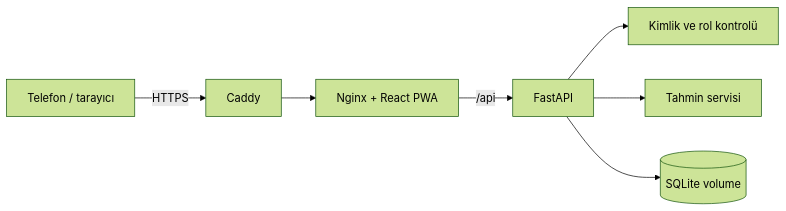
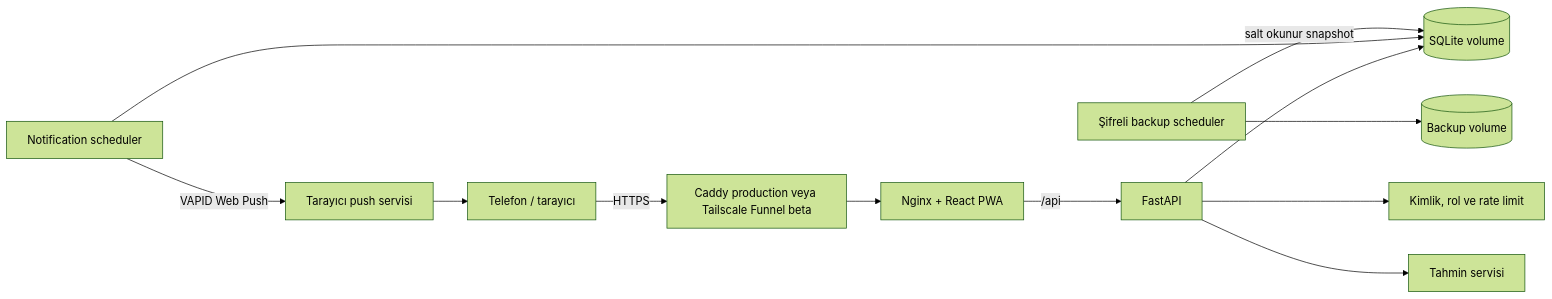
Before and after one commit to aaayseee/period-tracker: the diagram in docs/ARCHITECTURE.md, drawn with Mermaid (forest theme). The commit also changed other lines of this file and 12 other files, not shown here.

````diff
--- a/docs/ARCHITECTURE.md
+++ b/docs/ARCHITECTURE.md
@@ -7,9 +7,14 @@
 ```mermaid
 flowchart LR
-    U[Telefon / tarayıcı] -->|HTTPS| C[Caddy]
-    C --> N[Nginx + React PWA]
+    U[Telefon / tarayıcı] -->|HTTPS| E[Caddy production veya Tailscale Funnel beta]
+    E --> N[Nginx + React PWA]
     N -->|/api| A[FastAPI]
-    A --> AU[Kimlik ve rol kontrolü]
+    A --> AU[Kimlik, rol ve rate limit]
     A --> PR[Tahmin servisi]
     A --> DB[(SQLite volume)]
+    S[Notification scheduler] --> DB
+    S -->|VAPID Web Push| P[Tarayıcı push servisi]
+    P --> U
+    B[Şifreli backup scheduler] -->|salt okunur snapshot| DB
+    B --> BV[(Backup volume)]
 ```
````
